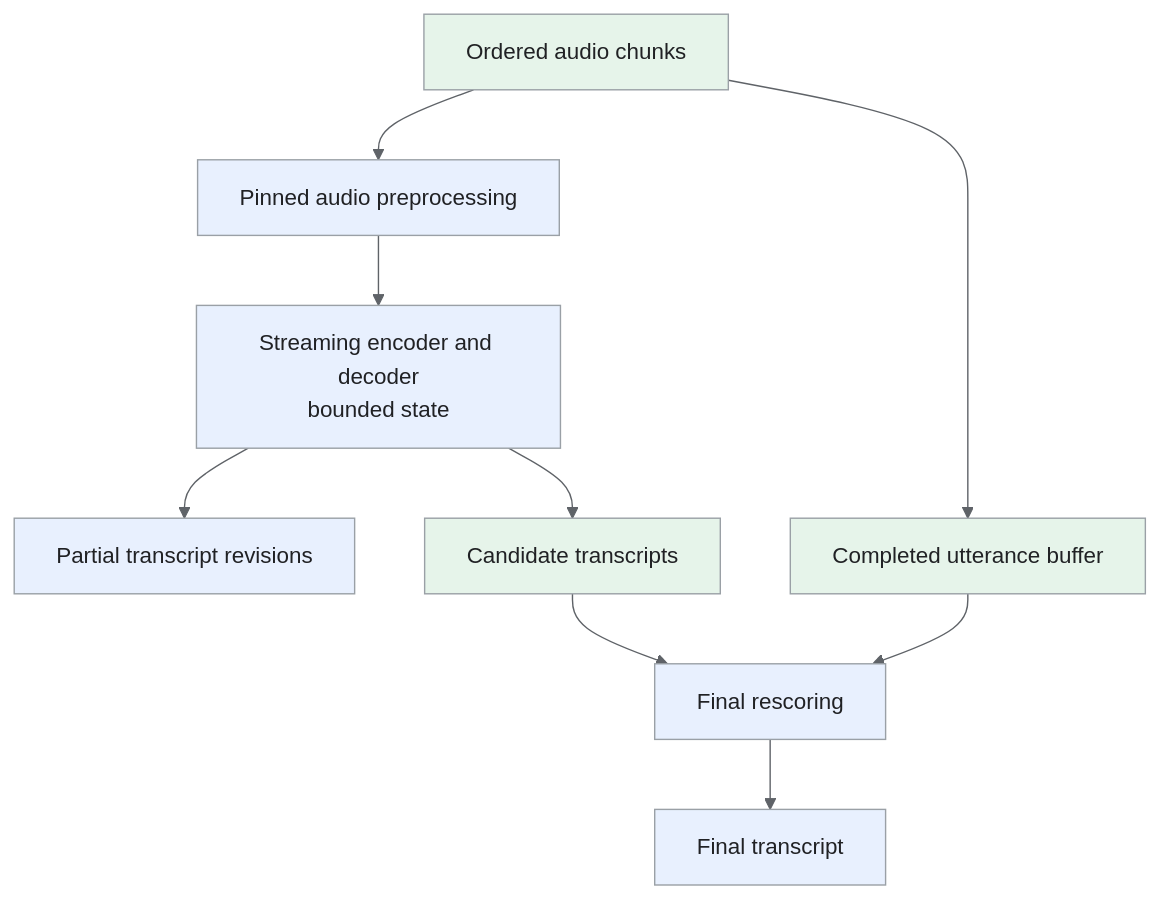
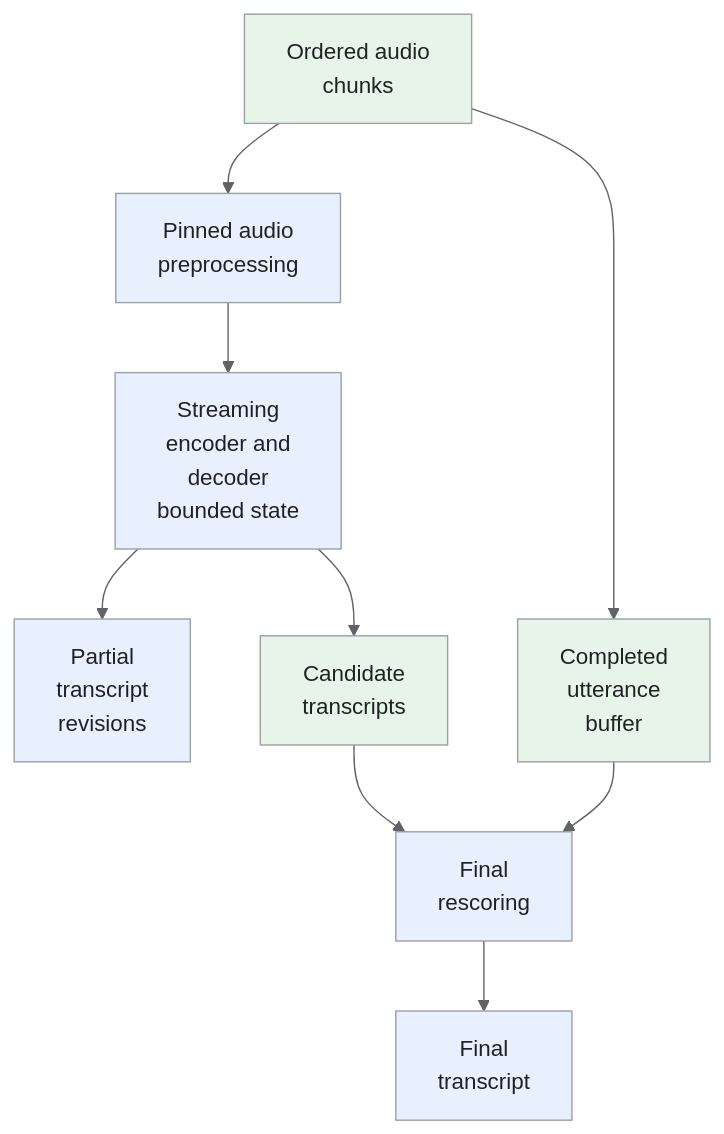
One commit to iliazlobin/iliazlobin.github.io changed the fourth of 6 diagrams in _designs/ml-system-design-speech-recognition-asr.md. Above: the diagram before and after it, drawn with Mermaid. The commit also changed other lines of this file and 116 other files, not shown here.

````diff
--- a/_designs/ml-system-design-speech-recognition-asr.md
+++ b/_designs/ml-system-design-speech-recognition-asr.md
@@ -278,18 +290,18 @@
 ```mermaid
 %%{init: {'theme':'base','themeVariables':{'primaryColor':'#e8f0fe','primaryTextColor':'#202124','primaryBorderColor':'#9aa0a6','lineColor':'#5f6368','secondaryColor':'#e6f4ea','tertiaryColor':'#fef7e0','actorBkg':'#e8f0fe','actorBorder':'#9aa0a6','actorTextColor':'#202124','noteBkgColor':'#fef7e0','noteTextColor':'#202124','noteBorderColor':'#9aa0a6','signalColor':'#5f6368','signalTextColor':'#202124','labelBoxBkgColor':'#fef7e0','labelBoxBorderColor':'#9aa0a6'}}}%%
 flowchart TB
-    A["Ordered audio chunks"] --> F["Pinned audio preprocessing"]
-    F --> S["Streaming encoder and decoder<br>bounded state"]
-    S --> P["Partial transcript revisions"]
-    S --> N["Candidate transcripts"]
-    A --> U["Completed utterance buffer"]
-    N --> R["Final rescoring"]
+    A["Ordered audio<br>chunks"] --> F["Pinned audio<br>preprocessing"]
+    F --> S["Streaming<br>encoder and<br>decoder<br>bounded state"]
+    S --> P["Partial<br>transcript<br>revisions"]
+    S --> N["Candidate<br>transcripts"]
+    A --> U["Completed<br>utterance<br>buffer"]
+    N --> R["Final<br>rescoring"]
     U --> R
-    R --> X["Final transcript"]
+    R --> X["Final<br>transcript"]
 classDef request fill:#e8f0fe,stroke:#9aa0a6,color:#202124;
 classDef data fill:#e6f4ea,stroke:#9aa0a6,color:#202124;
 classDef control fill:#fef7e0,stroke:#9aa0a6,color:#202124;
 class F,S,P,R,X request;
 class A,N,U data;
 
 ```
````
